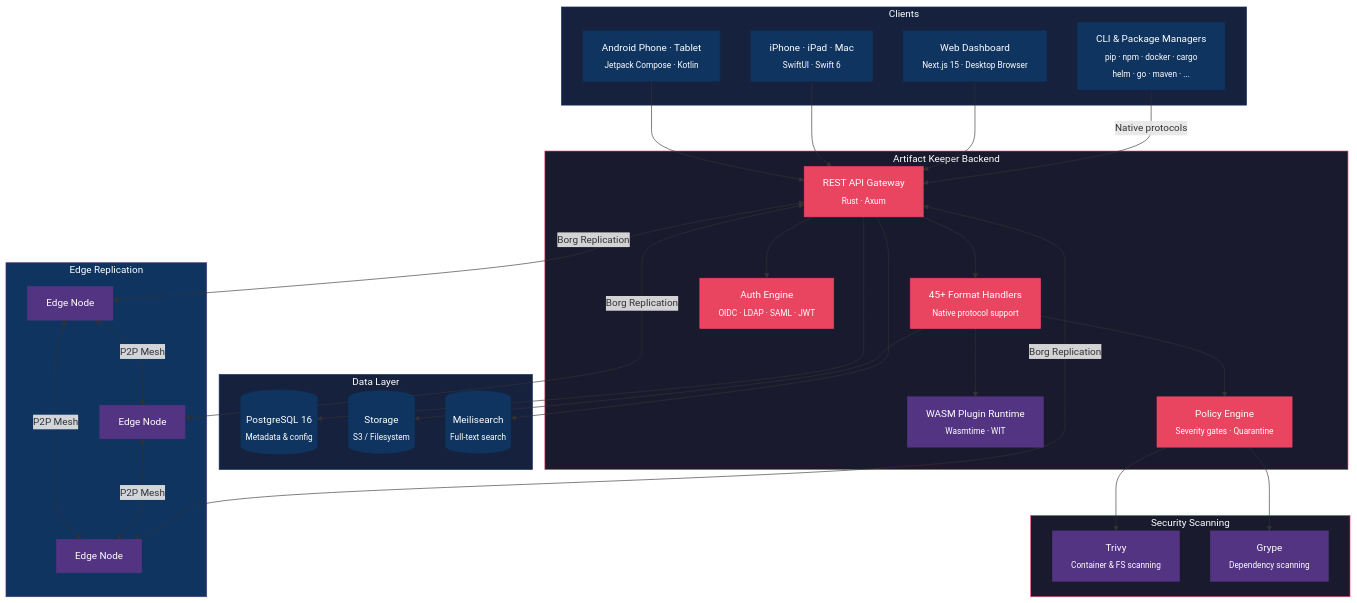
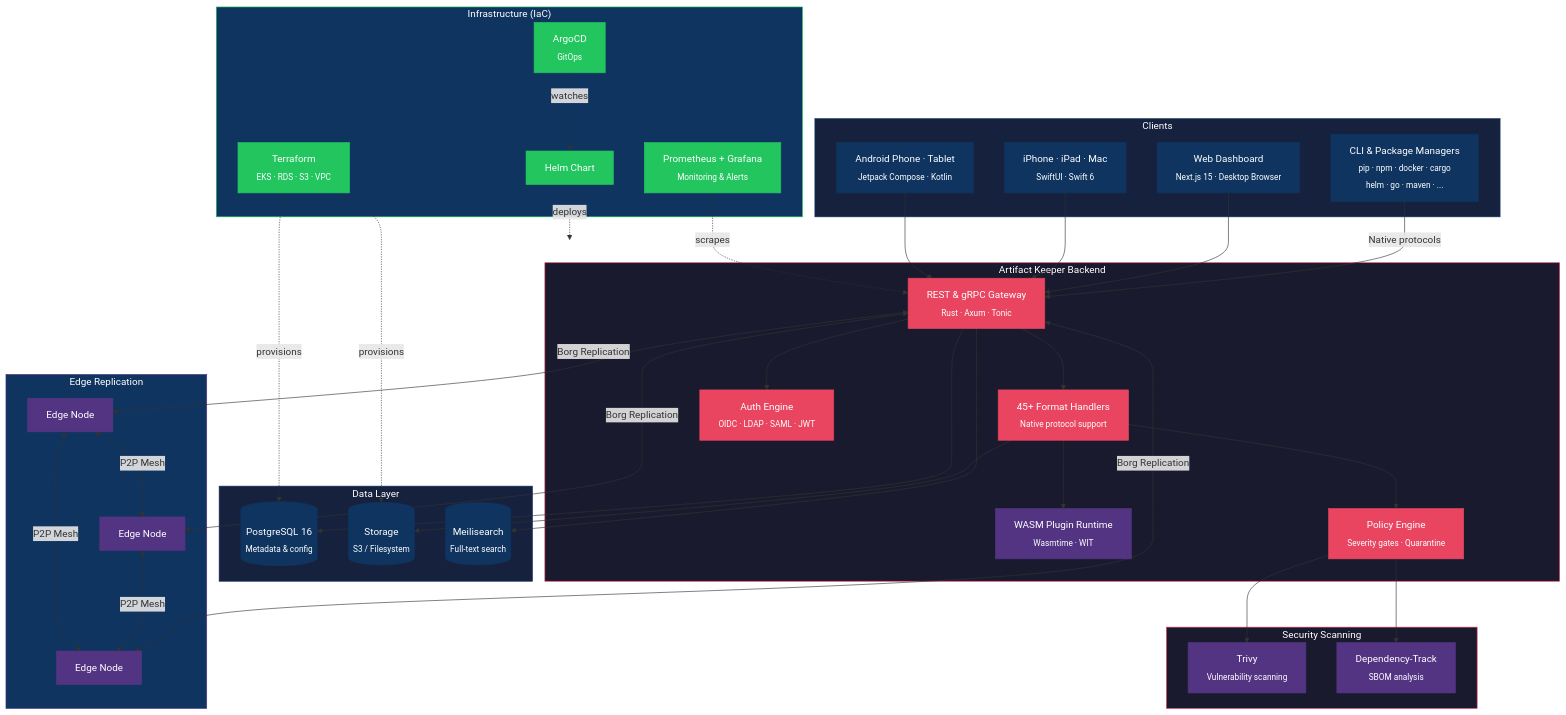
Before and after one commit to artifact-keeper/.github: the first of 2 diagrams in profile/README.md, drawn with Mermaid. The commit also changed other lines of this file, not shown here.

```diff
--- a/profile/README.md
+++ b/profile/README.md
@@ -119,7 +141,7 @@
     end
 
     subgraph Core["Artifact Keeper Backend"]
-        API["REST API Gateway<br/><sub>Rust · Axum</sub>"]
+        API["REST & gRPC Gateway<br/><sub>Rust · Axum · Tonic</sub>"]
         Handlers["45+ Format Handlers<br/><sub>Native protocol support</sub>"]
         WASM["WASM Plugin Runtime<br/><sub>Wasmtime · WIT</sub>"]
         Auth["Auth Engine<br/><sub>OIDC · LDAP · SAML · JWT</sub>"]
@@ -133,14 +155,21 @@
     end
 
     subgraph Security["Security Scanning"]
-        Trivy["Trivy<br/><sub>Container & FS scanning</sub>"]
-        Grype["Grype<br/><sub>Dependency scanning</sub>"]
+        Trivy["Trivy<br/><sub>Vulnerability scanning</sub>"]
+        DTrack["Dependency-Track<br/><sub>SBOM analysis</sub>"]
     end
 
     subgraph Edge["Edge Replication"]
         Peer1["Edge Node"]
         Peer2["Edge Node"]
         Peer3["Edge Node"]
+    end
+
+    subgraph Infra["Infrastructure (IaC)"]
+        Helm["Helm Chart"]
+        TF["Terraform<br/><sub>EKS · RDS · S3 · VPC</sub>"]
+        ArgoCD["ArgoCD<br/><sub>GitOps</sub>"]
+        Mon["Prometheus + Grafana<br/><sub>Monitoring & Alerts</sub>"]
     end
 
     CLI -->|"Native protocols"| API
@@ -158,7 +187,7 @@
     API --> Meili
 
     Policy --> Trivy
-    Policy --> Grype
+    Policy --> DTrack
 
     API <-->|"Borg Replication"| Peer1
     API <-->|"Borg Replication"| Peer2
@@ -167,11 +196,18 @@
     Peer2 <-->|"P2P Mesh"| Peer3
     Peer1 <-->|"P2P Mesh"| Peer3
 
+    Helm -.->|deploys| Core
+    ArgoCD -.->|watches| Helm
+    TF -.->|provisions| PG
+    TF -.->|provisions| Storage
+    Mon -.->|scrapes| API
+
     style Core fill:#1a1a2e,stroke:#e94560,color:#fff
     style Data fill:#16213e,stroke:#0f3460,color:#fff
     style Security fill:#1a1a2e,stroke:#e94560,color:#fff
     style Edge fill:#0f3460,stroke:#533483,color:#fff
     style Clients fill:#16213e,stroke:#0f3460,color:#fff
+    style Infra fill:#0f3460,stroke:#22c55e,color:#fff
 
     style API fill:#e94560,stroke:#e94560,color:#fff
     style Handlers fill:#e94560,stroke:#e94560,color:#fff
@@ -184,11 +220,16 @@
     style Meili fill:#0f3460,stroke:#0f3460,color:#fff
 
     style Trivy fill:#533483,stroke:#533483,color:#fff
-    style Grype fill:#533483,stroke:#533483,color:#fff
+    style DTrack fill:#533483,stroke:#533483,color:#fff
 
     style Peer1 fill:#533483,stroke:#533483,color:#fff
     style Peer2 fill:#533483,stroke:#533483,color:#fff
     style Peer3 fill:#533483,stroke:#533483,color:#fff
+
+    style Helm fill:#22c55e,stroke:#22c55e,color:#fff
+    style TF fill:#22c55e,stroke:#22c55e,color:#fff
+    style ArgoCD fill:#22c55e,stroke:#22c55e,color:#fff
+    style Mon fill:#22c55e,stroke:#22c55e,color:#fff
 
     style CLI fill:#0f3460,stroke:#0f3460,color:#fff
     style WebApp fill:#0f3460,stroke:#0f3460,color:#fff
```
